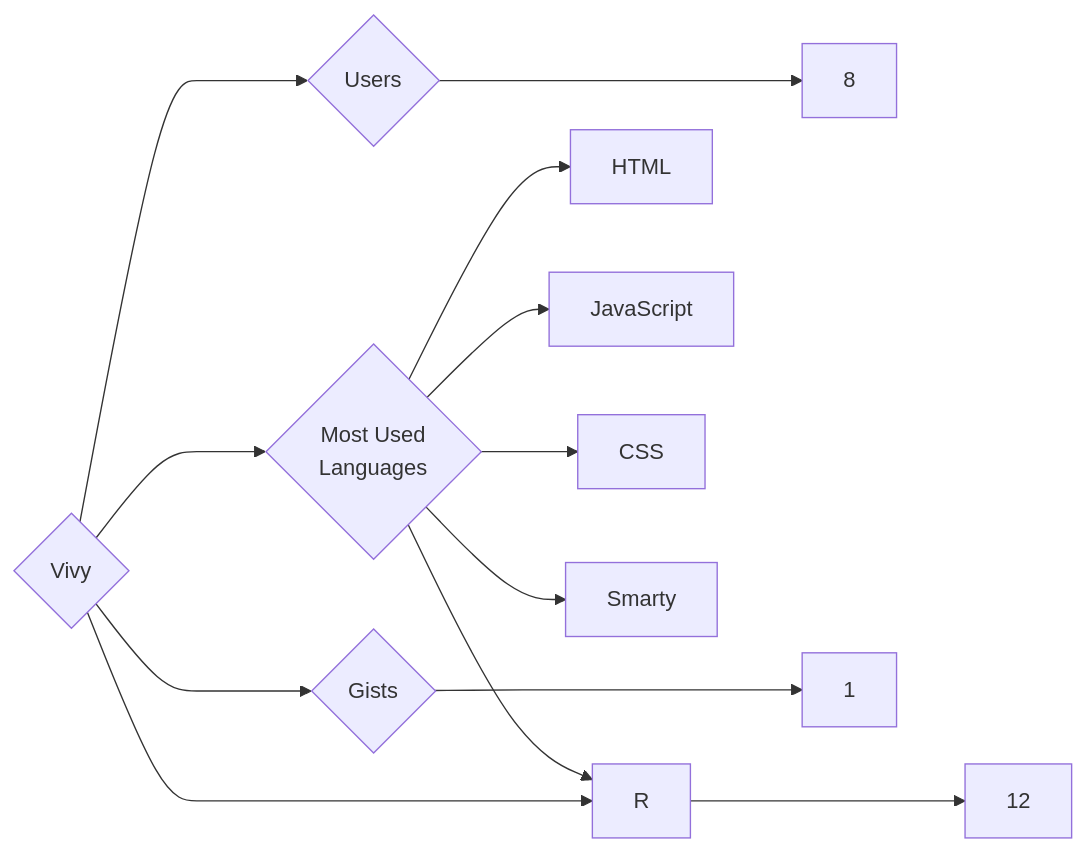
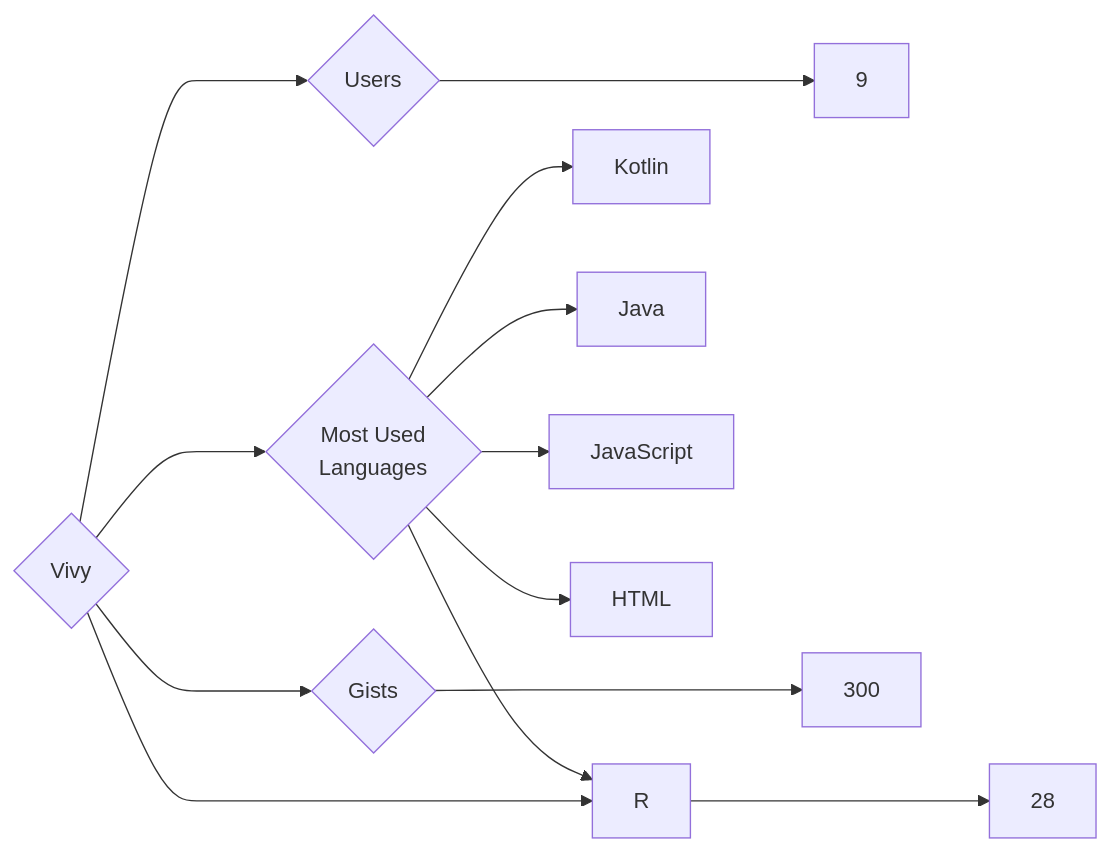
One commit to trickest/insiders changed the diagram in targets/Vivy/README.md. Above: the diagram before and after it, drawn with Mermaid. The commit also changed 928 other files, not shown here.

````diff
--- a/targets/Vivy/README.md
+++ b/targets/Vivy/README.md
@@ -3,13 +3,13 @@
 ```mermaid
 graph LR
 COMPANY_NAME{Vivy}
-COMPANY_NAME ---> U{Users} ---> UN[8]
-COMPANY_NAME ---> R{Repositories} ---> RN[12]
-COMPANY_NAME ---> G{Gists} ---> GN[1]
+COMPANY_NAME ---> U{Users} ---> UN[9]
+COMPANY_NAME ---> R{Repositories} ---> RN[28]
+COMPANY_NAME ---> G{Gists} ---> GN[300]
 COMPANY_NAME ---> ML{Most Used<br>Languages}
+ML --> Kotlin[Kotlin]
+ML --> Java[Java]
+ML --> JavaScript[JavaScript]
 ML --> HTML[HTML]
 ML --> R[R]
-ML --> JavaScript[JavaScript]
-ML --> CSS[CSS]
-ML --> Smarty[Smarty]
 ```
````
